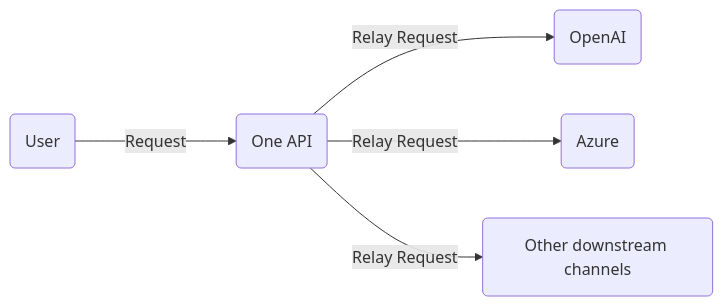
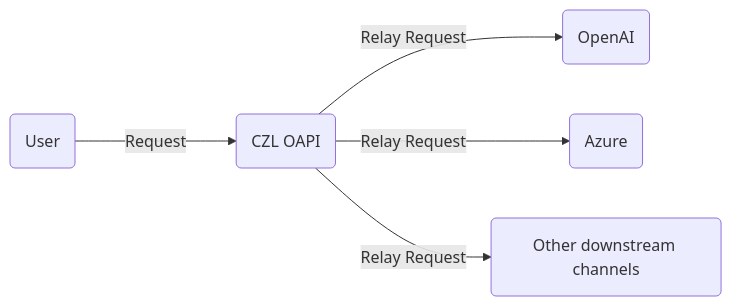
One commit to MartialBE/one-hub changed the diagram in README.en.md. Above: the diagram before and after it, drawn with Mermaid. The commit also changed other lines of this file and 25 other files, not shown here.

````diff
--- a/README.en.md
+++ b/README.en.md
@@ -245,8 +245,8 @@
 ```mermaid
 graph LR
     A(User)
-    A --->|Request| B(One API)
+    A --->|Request| B(CZL OAPI)
     B -->|Relay Request| C(OpenAI)
     B -->|Relay Request| D(Azure)
     B -->|Relay Request| E(Other downstream channels)
 ```
````
